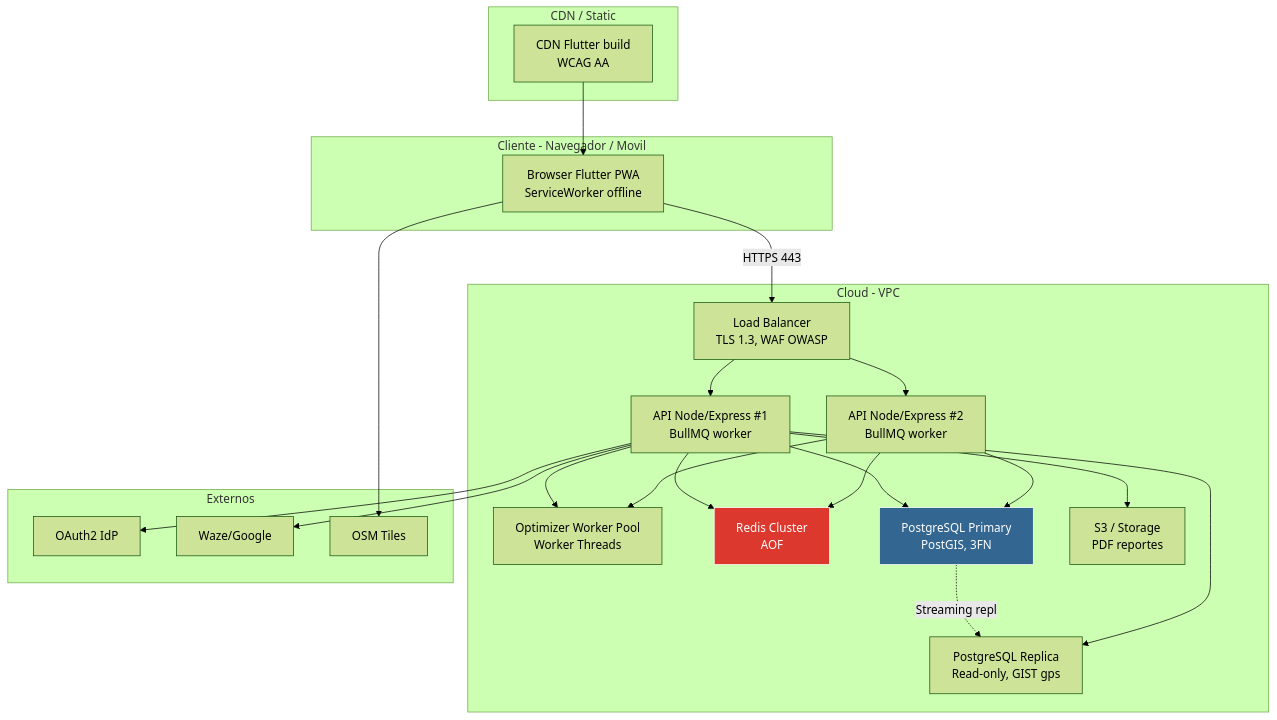
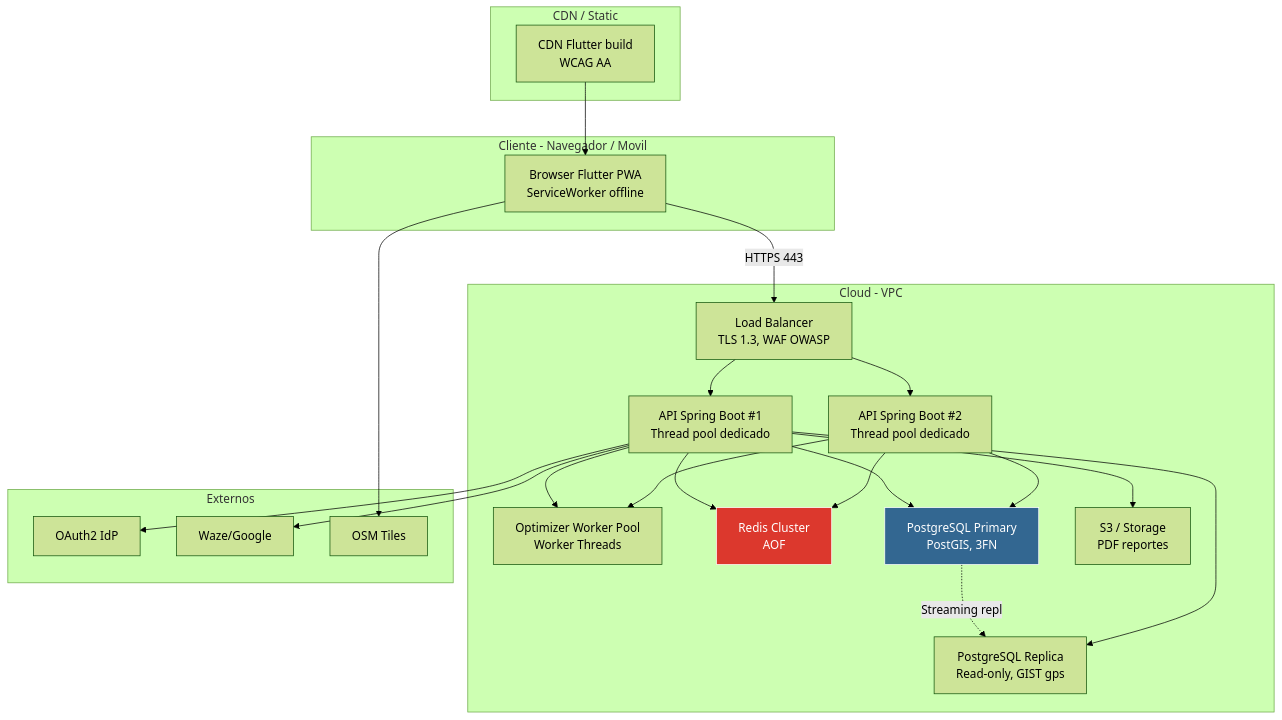
One commit to UmbraFlare-code/PathSeek changed the sixth of 7 diagrams in docs/01 Inicio/12. Modelo C4 V_1_1_0.md. Above: the diagram before and after it, drawn with Mermaid (forest theme). The commit also changed other lines of this file and 19 other files, not shown here.

````diff
--- a/docs/01 Inicio/12. Modelo C4 V_1_1_0.md
+++ b/docs/01 Inicio/12. Modelo C4 V_1_1_0.md
@@ -231,44 +231,44 @@
 ```mermaid
 graph TD
     subgraph Client["Cliente - Navegador / Movil"]
         Browser["Browser Flutter PWA<br/>ServiceWorker offline"]
     end
     subgraph CDN["CDN / Static"]
         CDNNode["CDN Flutter build<br/>WCAG AA"]
     end
     subgraph Cloud["Cloud - VPC"]
         LB["Load Balancer<br/>TLS 1.3, WAF OWASP"]
-        API1["API Node/Express #1<br/>BullMQ worker"]
-        API2["API Node/Express #2<br/>BullMQ worker"]
+        API1["API Spring Boot #1<br/>Thread pool dedicado"]
+        API2["API Spring Boot #2<br/>Thread pool dedicado"]
         OPTW["Optimizer Worker Pool<br/>Worker Threads"]
         RedisCl["Redis Cluster<br/>AOF"]
         PGPrimary["PostgreSQL Primary<br/>PostGIS, 3FN"]
         PGReplica["PostgreSQL Replica<br/>Read-only, GIST gps"]
         Storage["S3 / Storage<br/>PDF reportes"]
     end
     subgraph Ext["Externos"]
         OAuth["OAuth2 IdP"]
         TrafficAPI["Waze/Google"]
         OSMTiles["OSM Tiles"]
     end
 
     Browser -->|"HTTPS 443"| LB
     CDNNode --> Browser
     LB --> API1
     LB --> API2
     API1 --> RedisCl
     API2 --> RedisCl
     API1 --> PGPrimary
     API2 --> PGPrimary
     PGPrimary -.->|"Streaming repl"| PGReplica
     API1 --> PGReplica
     API1 --> OPTW
     API2 --> OPTW
     API1 --> Storage
     API1 --> OAuth
     API1 --> TrafficAPI
     Browser --> OSMTiles
 
     style PGPrimary fill:#336791,stroke:#fff,color:#fff
     style RedisCl fill:#DC382D,stroke:#fff,color:#fff
 ```
````
